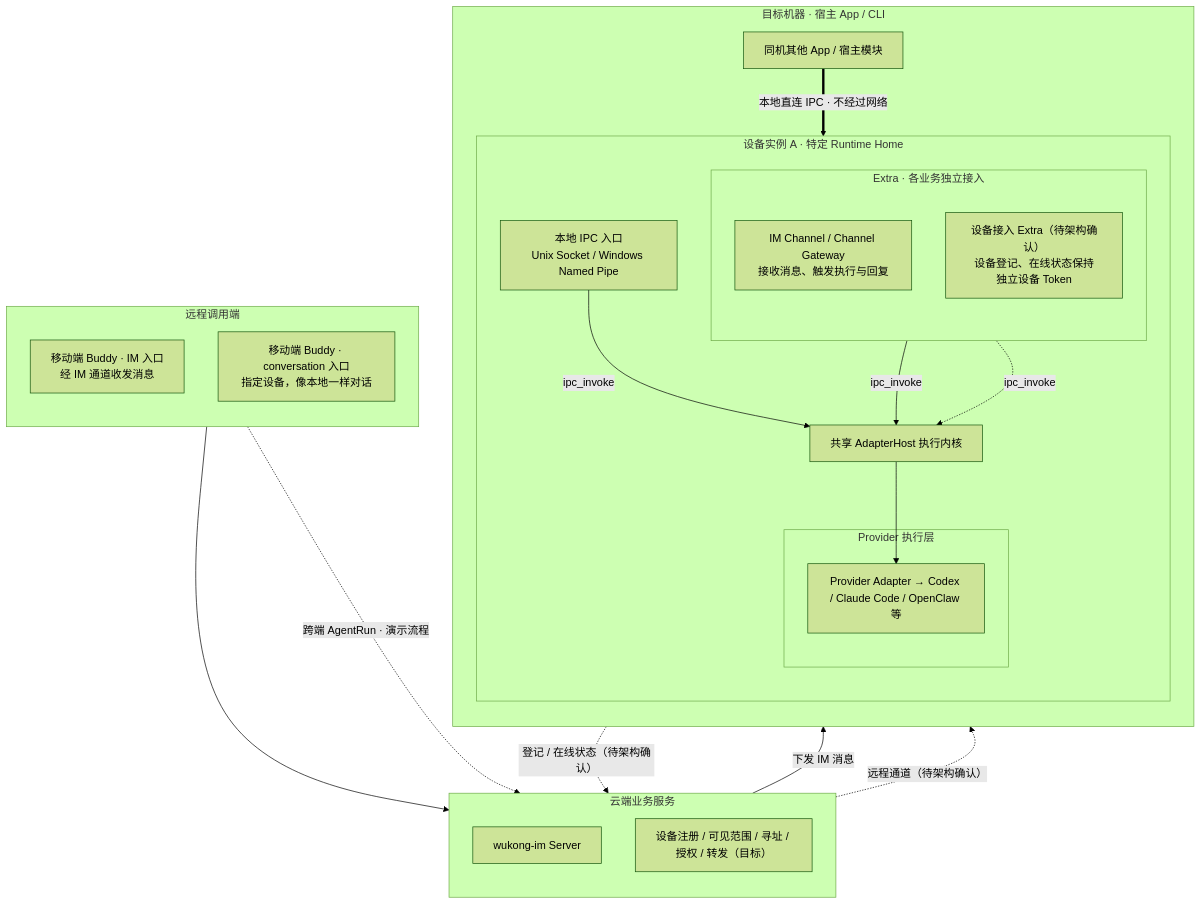
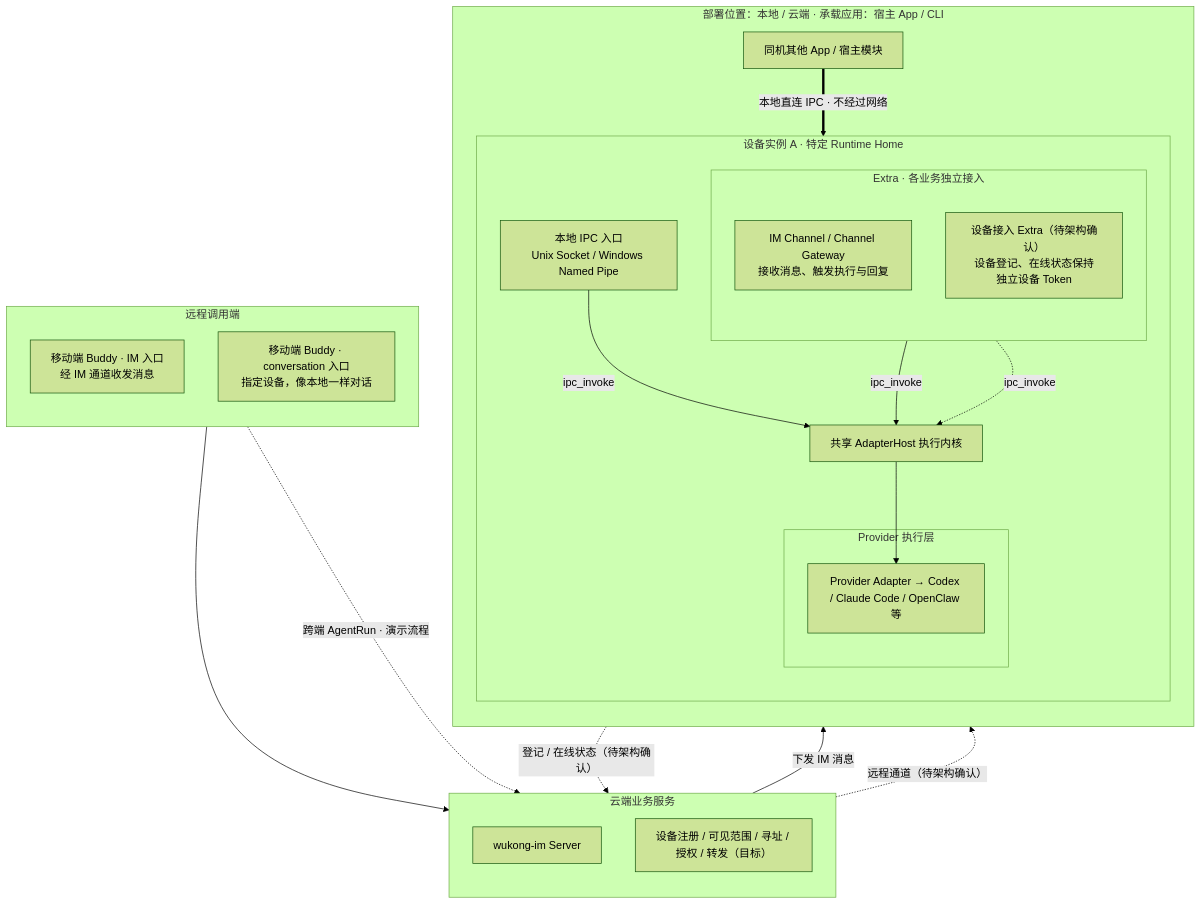
Before and after one commit to LarsonLian/octo-runtime: the second of 3 diagrams in ARCHITECTURE.md, drawn with Mermaid (forest theme).

Commit message:
docs(architecture): 澄清设备部署位置与宿主应用的关系

````diff
--- a/ARCHITECTURE.md
+++ b/ARCHITECTURE.md
@@ -71,40 +71,40 @@
 ```mermaid
 flowchart TB
     subgraph RemoteEntries["远程调用端"]
         direction TB
         MobileIM["移动端 Buddy · IM 入口<br/>经 IM 通道收发消息"]
         MobileConversation["移动端 Buddy · conversation 入口<br/>指定设备，像本地一样对话"]
     end
     subgraph Services["云端业务服务"]
         direction TB
         IM["wukong-im Server"]
         Cloud["设备注册 / 可见范围 / 寻址 / 授权 / 转发（目标）"]
     end
-    subgraph Machine["目标机器 · 宿主 App / CLI"]
+    subgraph Machine["部署位置：本地 / 云端 · 承载应用：宿主 App / CLI"]
         direction TB
         Local["同机其他 App / 宿主模块"]
         subgraph Device["设备实例 A · 特定 Runtime Home"]
             direction TB
             IPC["本地 IPC 入口<br/>Unix Socket / Windows Named Pipe"]
             subgraph Extras["Extra · 各业务独立接入"]
                 direction TB
                 Gateway["IM Channel / Channel Gateway<br/>接收消息、触发执行与回复"]
                 Presence["设备接入 Extra（待架构确认）<br/>设备登记、在线状态保持<br/>独立设备 Token"]
             end
             Host["共享 AdapterHost 执行内核"]
             subgraph Execution["Provider 执行层"]
                 Providers["Provider Adapter → Codex / Claude Code / OpenClaw 等"]
             end
             IPC -->|"ipc_invoke"| Host
             Gateway -->|"ipc_invoke"| Host
             Presence -.->|"ipc_invoke"| Host
             Host --> Providers
         end
         Local ==>|"本地直连 IPC · 不经过网络"| IPC
     end
     MobileIM --> IM
     MobileConversation -.->|"跨端 AgentRun · 演示流程"| Cloud
     IM -->|"下发 IM 消息"| Gateway
     Presence -.->|"登记 / 在线状态（待架构确认）"| Cloud
     Cloud -.->|"远程通道（待架构确认）"| Presence
 ```
````
